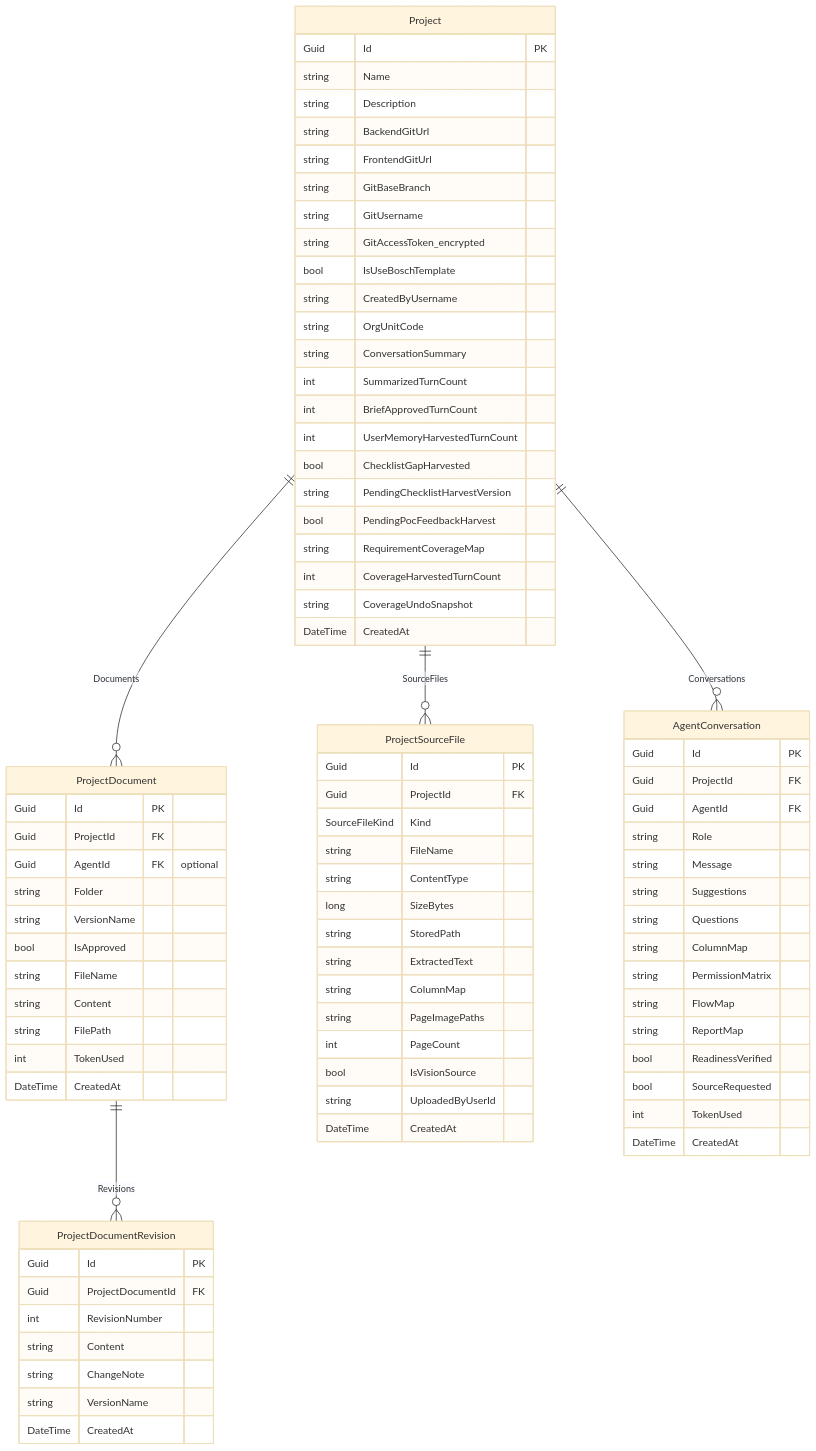
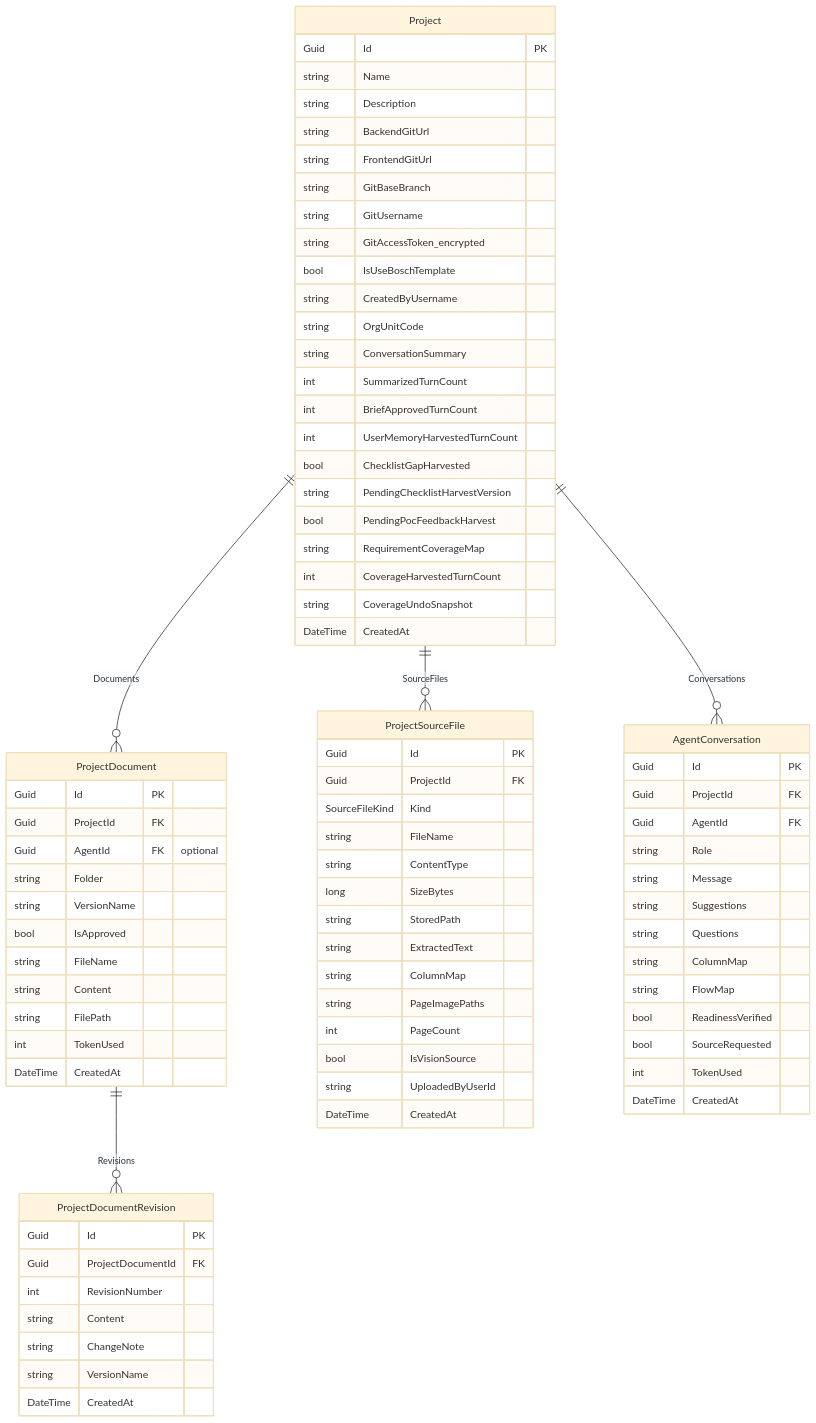
The second of 9 diagrams in docs/data-model.md (Songlong0506/ICOGenerator-v4), drawn with Mermaid (base theme) before and after one commit. The commit also changed other lines of this file and 24 other files, not shown here.

```diff
--- a/docs/data-model.md
+++ b/docs/data-model.md
@@ -175,9 +175,7 @@
         string Suggestions
         string Questions
         string ColumnMap
-        string PermissionMatrix
         string FlowMap
-        string ReportMap
         bool ReadinessVerified
         bool SourceRequested
         int TokenUsed
```
